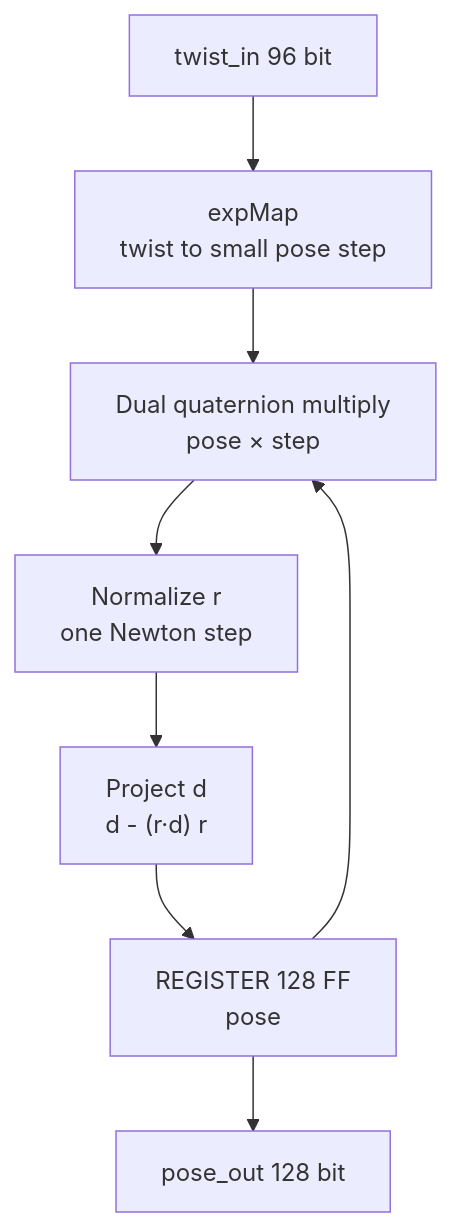
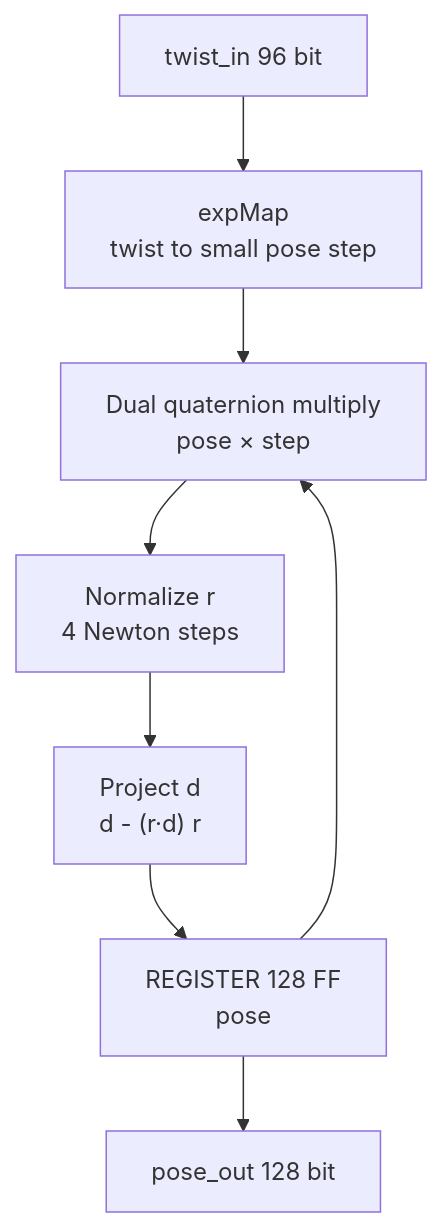
One commit to subunidades/My-Kernel changed the first of 2 diagrams in README.md. Above: the diagram before and after it, drawn with Mermaid. The commit also changed other lines of this file and 1 other file, not shown here.

````diff
--- a/README.md
+++ b/README.md
@@ -57,10 +57,10 @@
 ```mermaid
 flowchart TD
   TW["twist_in 96 bit"] --> EXP["expMap<br/>twist to small pose step"]
   EXP --> MULD["Dual quaternion multiply<br/>pose × step"]
   REG["REGISTER 128 FF<br/>pose"] --> MULD
-  MULD --> NORM["Normalize r<br/>one Newton step"]
+  MULD --> NORM["Normalize r<br/>4 Newton steps"]
   NORM --> PROJ["Project d<br/>d - (r·d) r"]
   PROJ --> REG
   REG --> POUT["pose_out 128 bit"]
 ```
````
